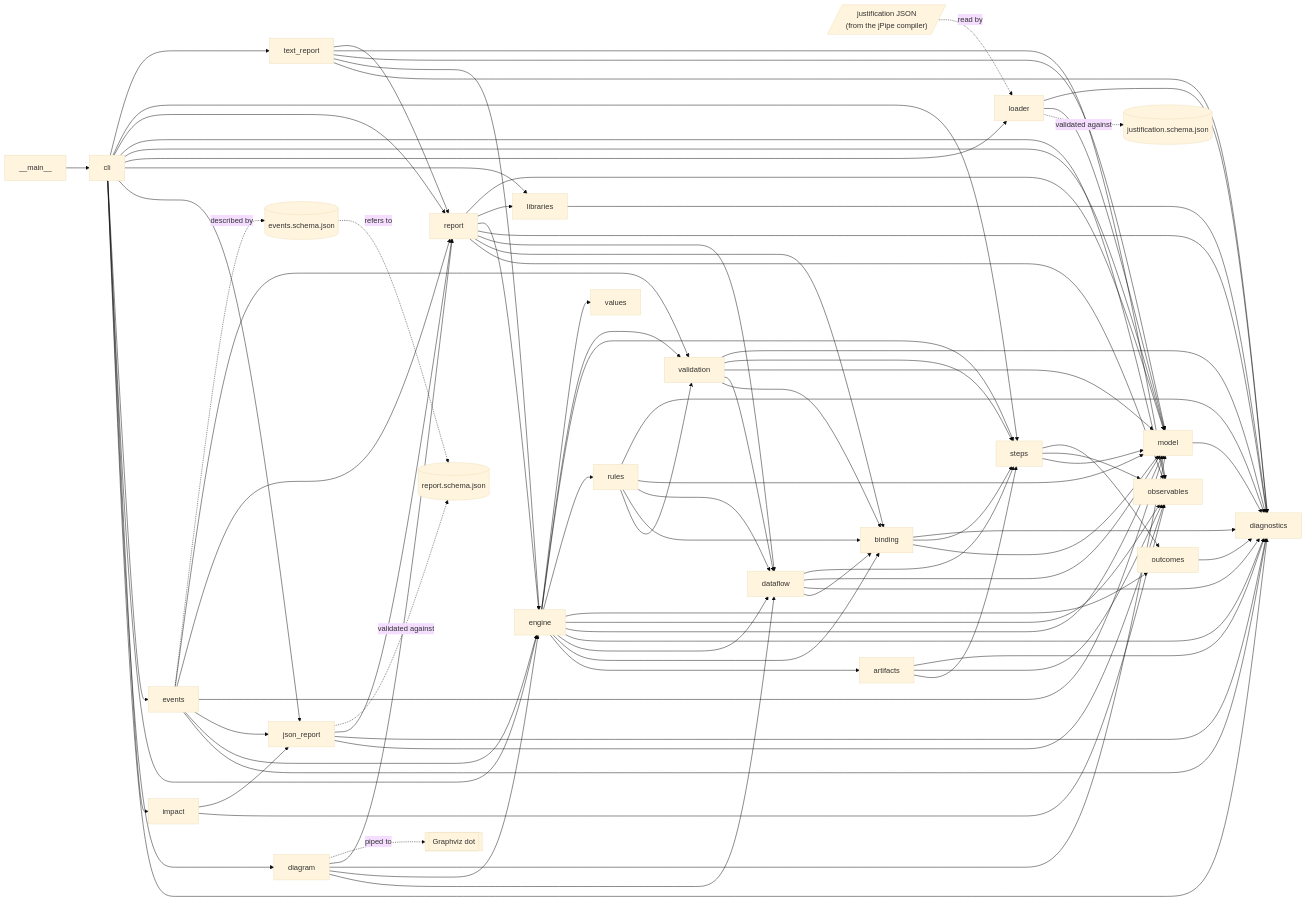
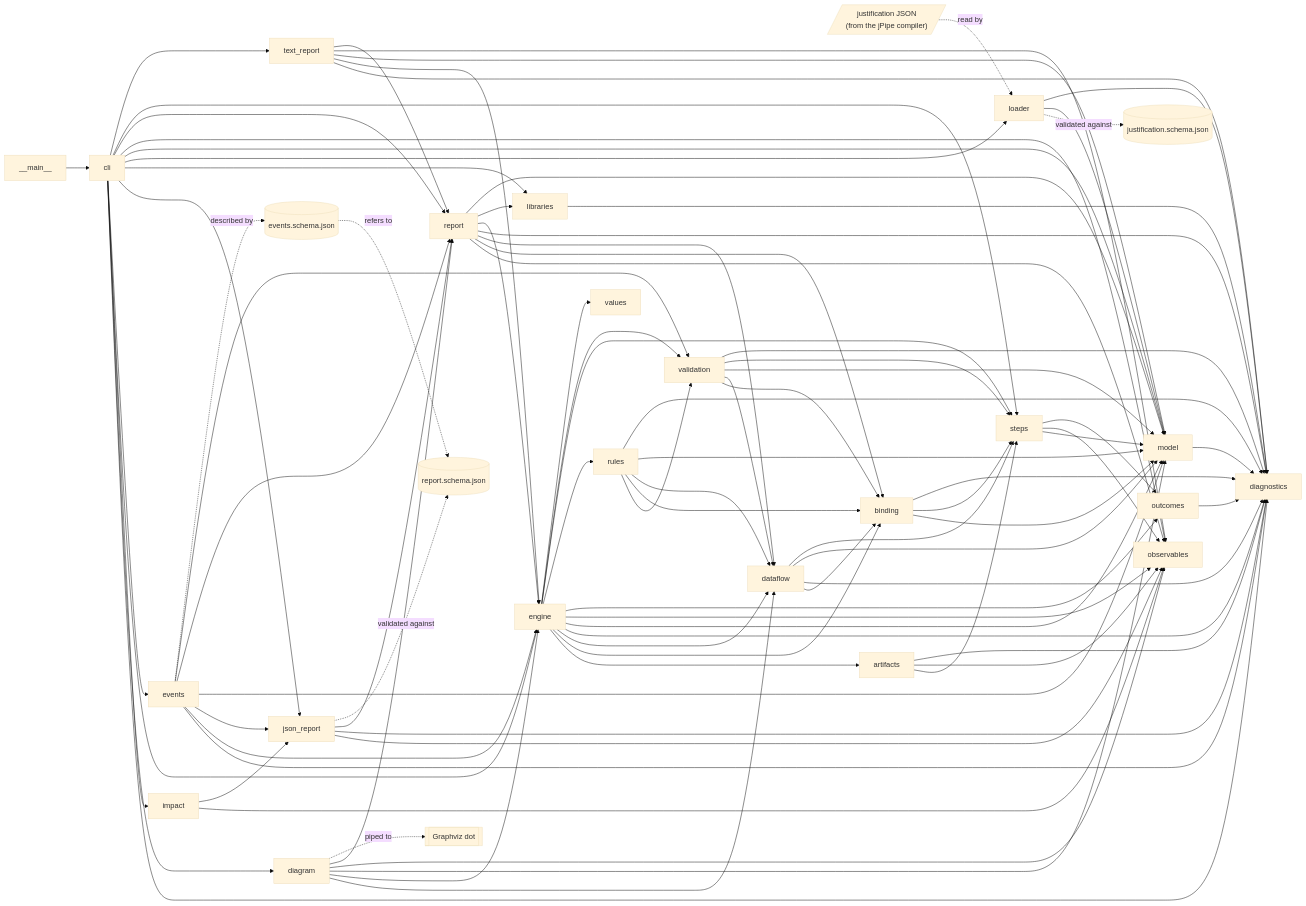
Before and after one commit to jpipe-mcscert/jpipe-runner: the first of 2 diagrams in docs/design.md, drawn with Mermaid (base theme). The commit also changed other lines of this file and 15 other files, not shown here.

```diff
--- a/docs/design.md
+++ b/docs/design.md
@@ -64,6 +64,7 @@
     diagram --> dataflow
     diagram --> engine
     diagram --> model
+    diagram --> observables
     diagram --> report
     diagram -.->|piped to| dot[["Graphviz dot"]]
     json_report --> observables
```
